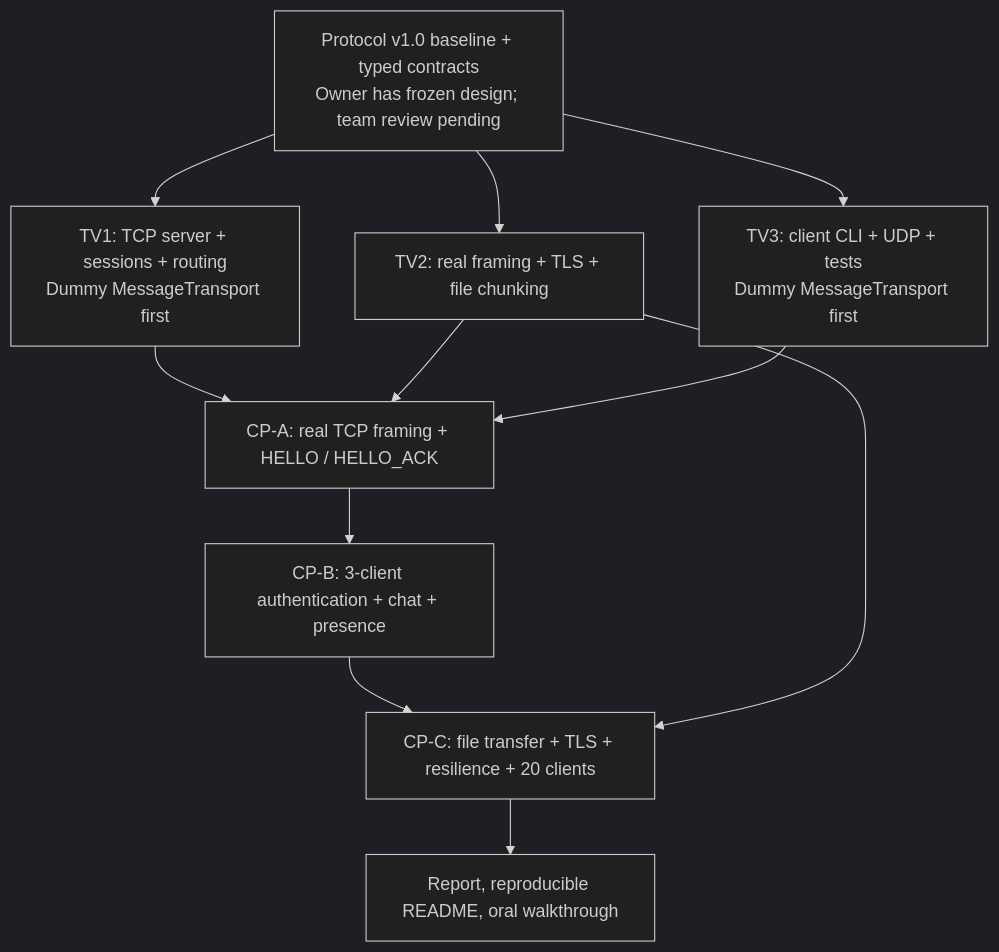
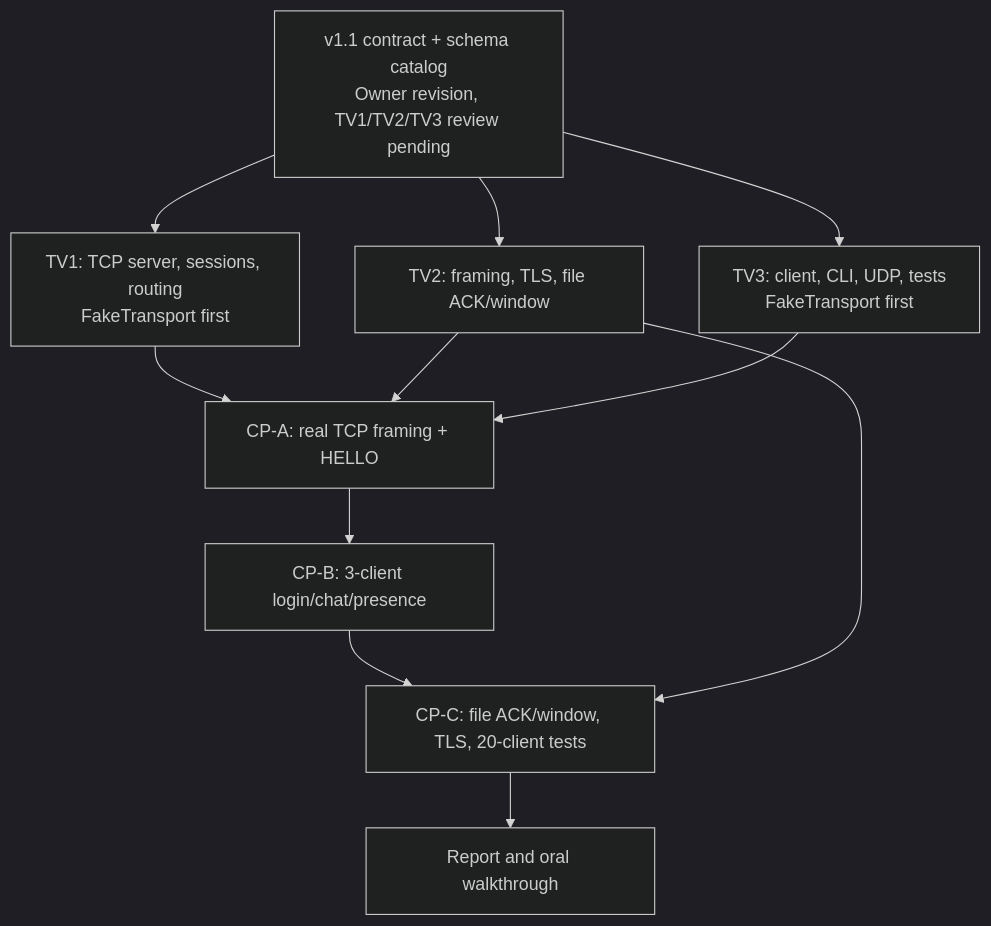
Before and after one commit to 1K-Keem/lan-collab: the diagram in docs/diagrams/parallel-work-dependencies.md, drawn with Mermaid (dark theme). The commit also changed other lines of this file and 13 other files, not shown here.

Commit message:
docs(test): synchronize v1.1 diagrams, schema catalog and mock fixtures

````diff
--- a/docs/diagrams/parallel-work-dependencies.md
+++ b/docs/diagrams/parallel-work-dependencies.md
@@ -5,22 +3,21 @@
 ```mermaid
 flowchart TB
-    P["Protocol v1.0 baseline + typed contracts<br/>Owner has frozen design; team review pending"]
-    S["TV1: TCP server + sessions + routing<br/>Dummy MessageTransport first"]
-    CODEC["TV2: real framing + TLS + file chunking"]
-    C["TV3: client CLI + UDP + tests<br/>Dummy MessageTransport first"]
-    A["CP-A: real TCP framing + HELLO / HELLO_ACK"]
-    B["CP-B: 3-client authentication + chat + presence"]
-    D["CP-C: file transfer + TLS + resilience + 20 clients"]
-    FINAL["Report, reproducible README, oral walkthrough"]
-
+    P["v1.1 contract + schema catalog<br/>Owner revision, TV1/TV2/TV3 review pending"]
+    S["TV1: TCP server, sessions, routing<br/>FakeTransport first"]
+    CODEC["TV2: framing, TLS, file ACK/window"]
+    C["TV3: client, CLI, UDP, tests<br/>FakeTransport first"]
+    A["CP-A: real TCP framing + HELLO"]
+    B["CP-B: 3-client login/chat/presence"]
+    D["CP-C: file ACK/window, TLS, 20-client tests"]
+    FINAL["Report and oral walkthrough"]
     P --> S
     P --> CODEC
     P --> C
     S --> A
     CODEC --> A
     C --> A
     A --> B
     B --> D
     CODEC --> D
     D --> FINAL
 ```
````
